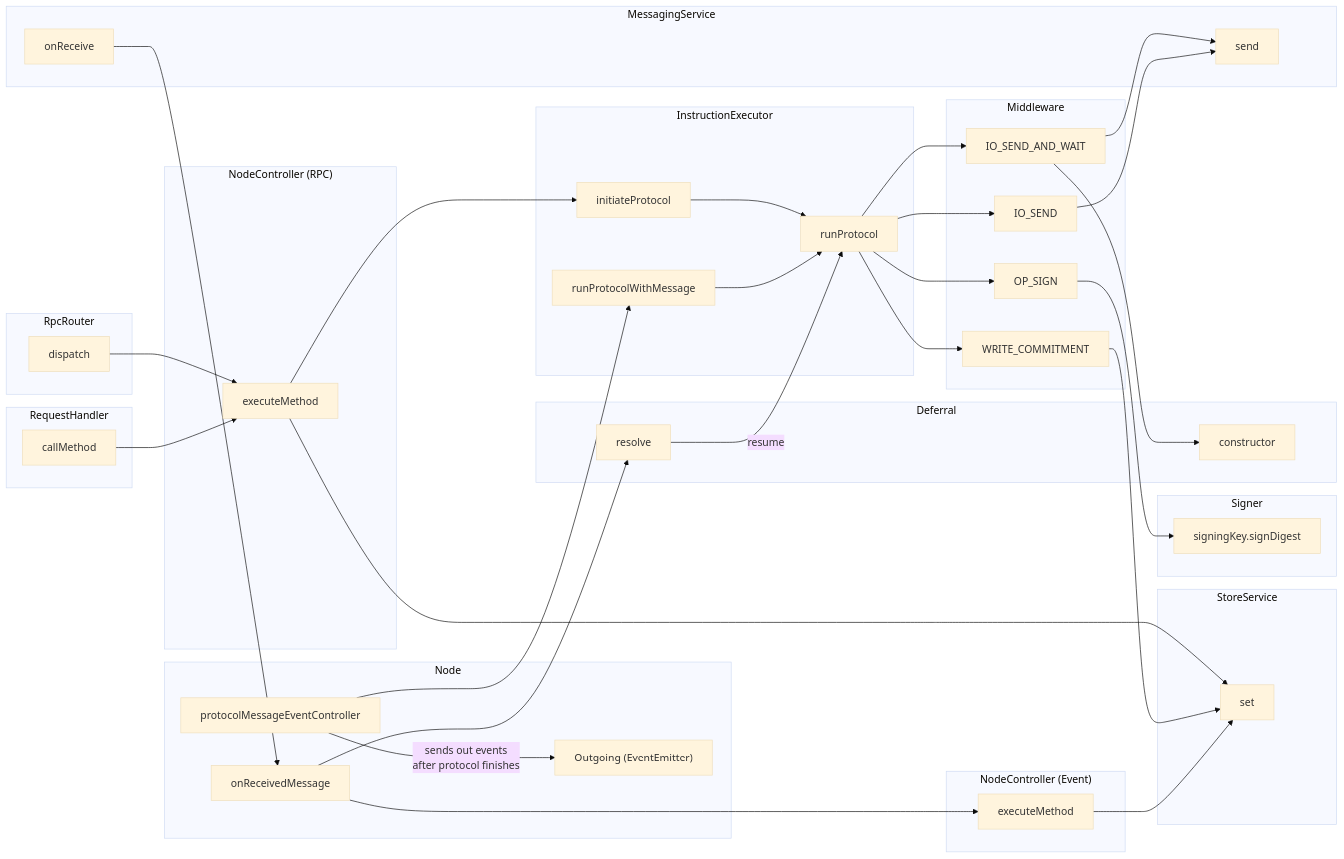
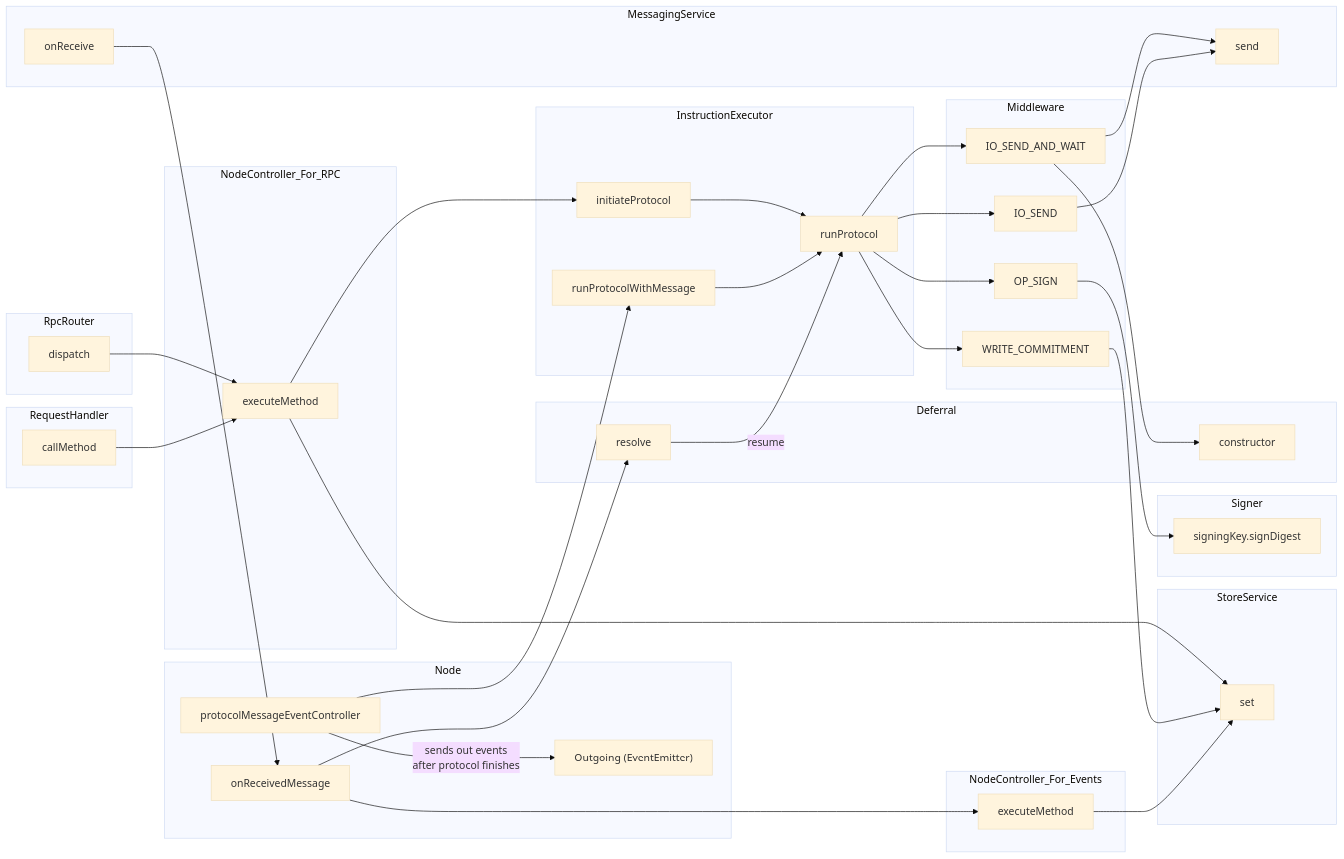
One commit to counterfactual/monorepo changed the second of 2 diagrams in packages/node/docs/diagram.md. Above: the diagram before and after it, drawn with Mermaid (base theme).

Commit message:
another attempt to fix the second diagram

````diff
--- a/packages/node/docs/diagram.md
+++ b/packages/node/docs/diagram.md
@@ -22,72 +22,72 @@
 ```mermaid
 graph LR
   subgraph MessagingService
     onReceive
     send
   end
   
   subgraph RequestHandler
     callMethod
   end
   
   subgraph RpcRouter
     dispatch
   end
   
   subgraph StoreService
     storeServiceSet["set"]
   end
   
-  subgraph "NodeController (RPC)"
+  subgraph NodeController_For_RPC
     rpcExecute["executeMethod"]-->storeServiceSet
     dispatch-->rpcExecute
     callMethod-->rpcExecute
   end
   
   subgraph Middleware
     IO_SEND_AND_WAIT
     IO_SEND
     OP_SIGN
     WRITE_COMMITMENT-->storeServiceSet
     IO_SEND_AND_WAIT-->send
     IO_SEND-->send
   end
   subgraph Deferral
     ioSendDeferrals["resolve"]
     deferralCtor["constructor"]
   end
   
   subgraph Signer
     signDigest["signingKey.signDigest"]
   end
   
   subgraph Node
     onReceivedMessage
     onReceive-->onReceivedMessage
     onReceivedMessage-->ioSendDeferrals
     outgoing["Outgoing (EventEmitter)"]
     protocolMessageEventController-->|sends out events <br>after protocol finishes|outgoing
     OP_SIGN-->signDigest
   end
   
-  subgraph "NodeController (Event)"
+  subgraph NodeController_For_Events
     eventExecute["executeMethod"]-->storeServiceSet
     onReceivedMessage-->eventExecute
   end
   
   subgraph InstructionExecutor
     initiateProtocol
     runProtocolWithMessage
     protocolMessageEventController-->runProtocolWithMessage
     rpcExecute-->initiateProtocol
     runProtocol
     initiateProtocol-->runProtocol
     runProtocolWithMessage-->runProtocol
     ioSendDeferrals-->|resume|runProtocol
     IO_SEND_AND_WAIT-->deferralCtor
     runProtocol-->IO_SEND_AND_WAIT
     runProtocol-->IO_SEND
     runProtocol-->OP_SIGN
     runProtocol-->WRITE_COMMITMENT
   end
 ```
````
